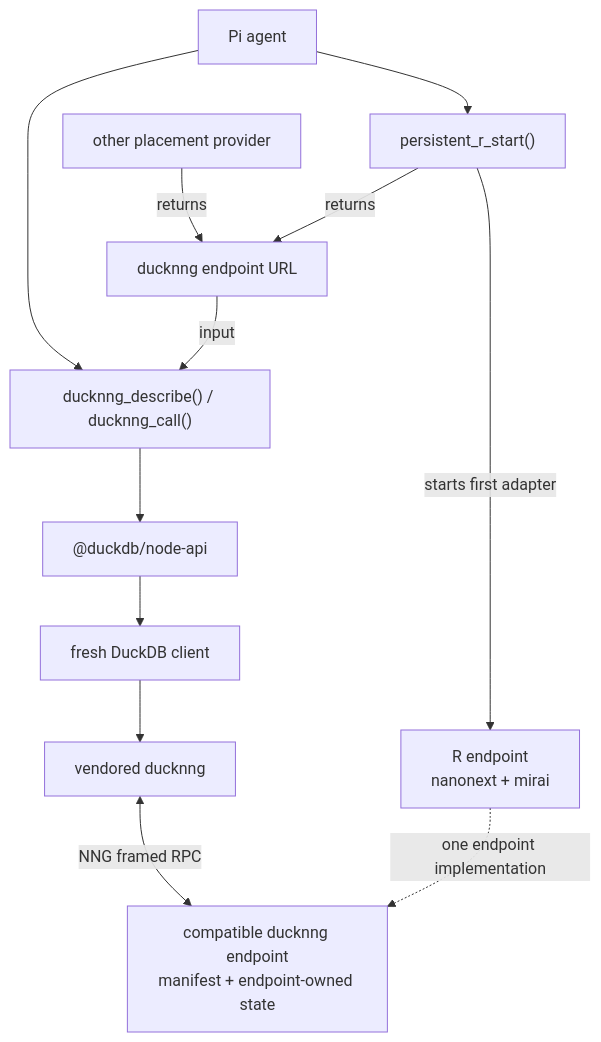
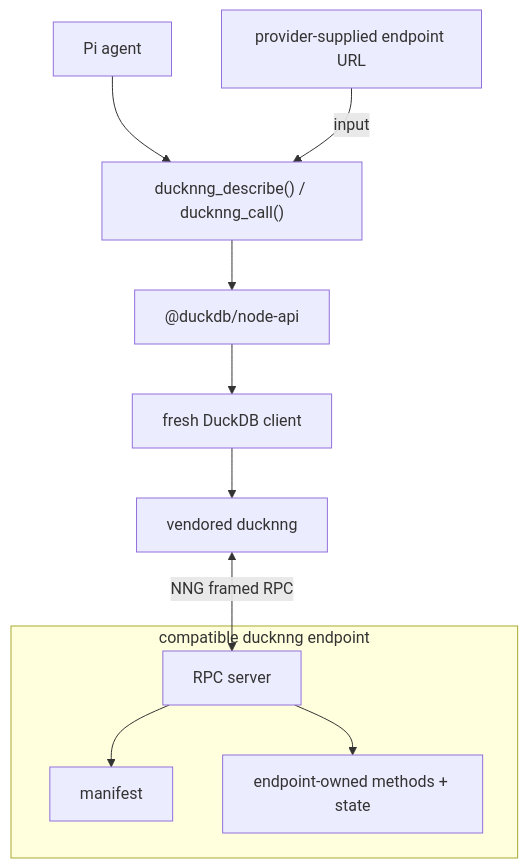
One commit to sounkou-bioinfo/pi-ducknng changed the diagram in man/figures/architecture.mmd. Above: the diagram before and after it, drawn with Mermaid. The commit also changed 3 other files, not shown here.

Commit message:
docs: make architecture endpoint-neutral

```diff
--- a/man/figures/architecture.mmd
+++ b/man/figures/architecture.mmd
@@ -1,14 +1,14 @@
 flowchart TB
     accTitle: Generic ducknng endpoint architecture
-    accDescr: Pi discovers and calls a compatible endpoint selected by URL; the persistent R adapter is one local placement implementation.
+    accDescr: Pi discovers and calls a compatible endpoint selected by URL through DuckDB and vendored ducknng.
     PI["Pi agent"] --> RPC["ducknng_describe() / ducknng_call()"]
-    PI --> START["persistent_r_start()"]
-    PROVIDER["other placement provider"] -->|"returns"| URL["ducknng endpoint URL"]
-    START -->|"returns"| URL
-    URL -->|"input"| RPC
+    URL["provider-supplied endpoint URL"] -->|"input"| RPC
     RPC --> API["@duckdb/node-api"]
     API --> DB["fresh DuckDB client"]
     DB --> DNNG["vendored ducknng"]
-    DNNG <-->|"NNG framed RPC"| ENDPOINT["compatible ducknng endpoint<br/>manifest + endpoint-owned state"]
-    START -->|"starts first adapter"| R["R endpoint<br/>nanonext + mirai"]
-    R -. "one endpoint implementation" .-> ENDPOINT
+    DNNG <-->|"NNG framed RPC"| SERVER
+    subgraph ENDPOINT["compatible ducknng endpoint"]
+        SERVER["RPC server"]
+        SERVER --> MANIFEST["manifest"]
+        SERVER --> METHODS["endpoint-owned methods + state"]
+    end
```
